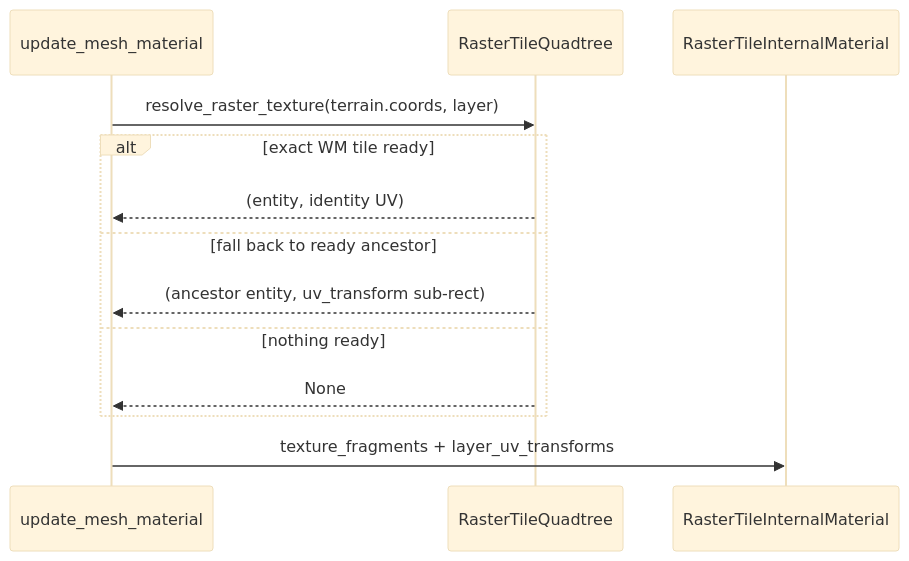
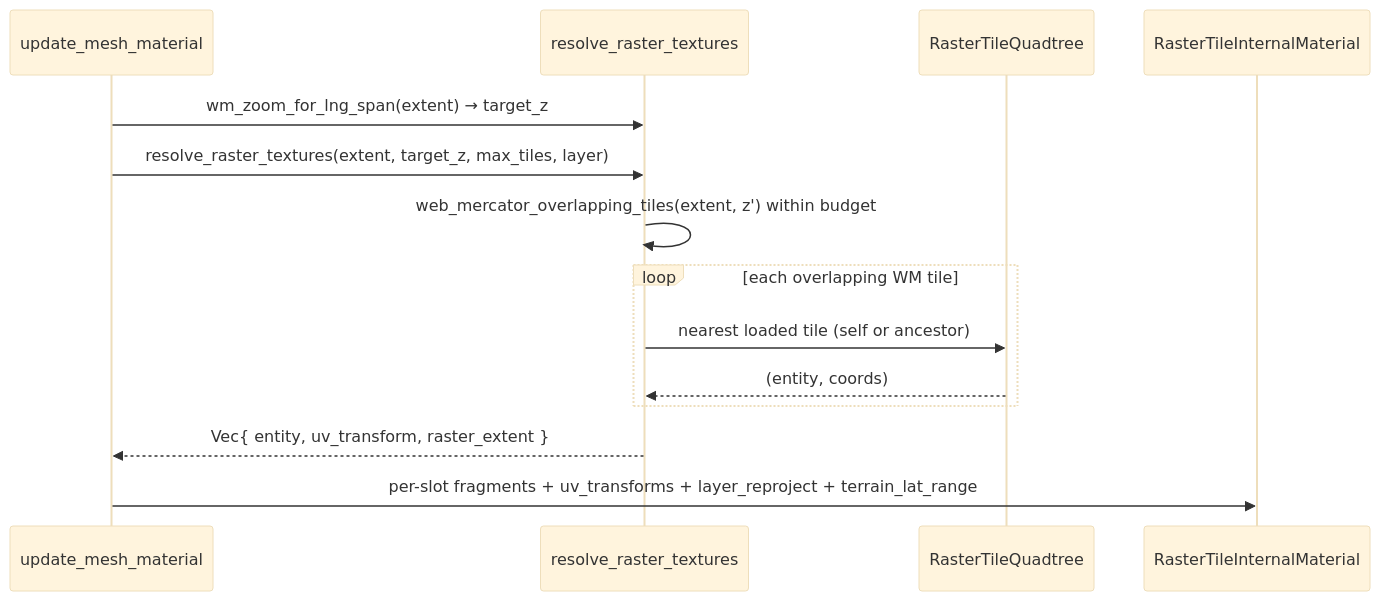
One commit to matrix9neonebuchadnezzar2199-sketch/navara changed the eighth of 9 diagrams in guide/TILE_TERRAIN_TRAVERSAL.md. Above: the diagram before and after it, drawn with Mermaid (base theme). The commit also changed other lines of this file and 28 other files, not shown here.

First line of the commit message:
feat: support raster tile on quantized mesh (#652)

````diff
--- a/guide/TILE_TERRAIN_TRAVERSAL.md
+++ b/guide/TILE_TERRAIN_TRAVERSAL.md
@@ -239,15 +256,16 @@
 ```mermaid
 sequenceDiagram
   participant UMM as update_mesh_material
+  participant RES as resolve_raster_textures
   participant RQT as RasterTileQuadtree
   participant MAT as RasterTileInternalMaterial
-  UMM->>RQT: resolve_raster_texture(terrain.coords, layer)
-  alt exact WM tile ready
-    RQT-->>UMM: (entity, identity UV)
-  else fall back to ready ancestor
-    RQT-->>UMM: (ancestor entity, uv_transform sub-rect)
-  else nothing ready
-    RQT-->>UMM: None
+  UMM->>RES: wm_zoom_for_lng_span(extent) → target_z
+  UMM->>RES: resolve_raster_textures(extent, target_z, max_tiles, layer)
+  RES->>RES: web_mercator_overlapping_tiles(extent, z') within budget
+  loop each overlapping WM tile
+    RES->>RQT: nearest loaded tile (self or ancestor)
+    RQT-->>RES: (entity, coords)
   end
-  UMM->>MAT: texture_fragments + layer_uv_transforms
+  RES-->>UMM: Vec{ entity, uv_transform, raster_extent }
+  UMM->>MAT: per-slot fragments + uv_transforms + layer_reproject + terrain_lat_range
 ```
````
